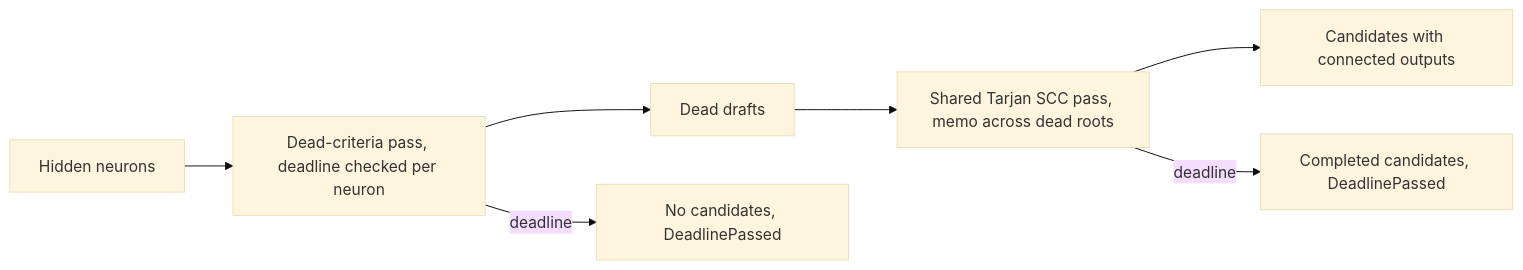
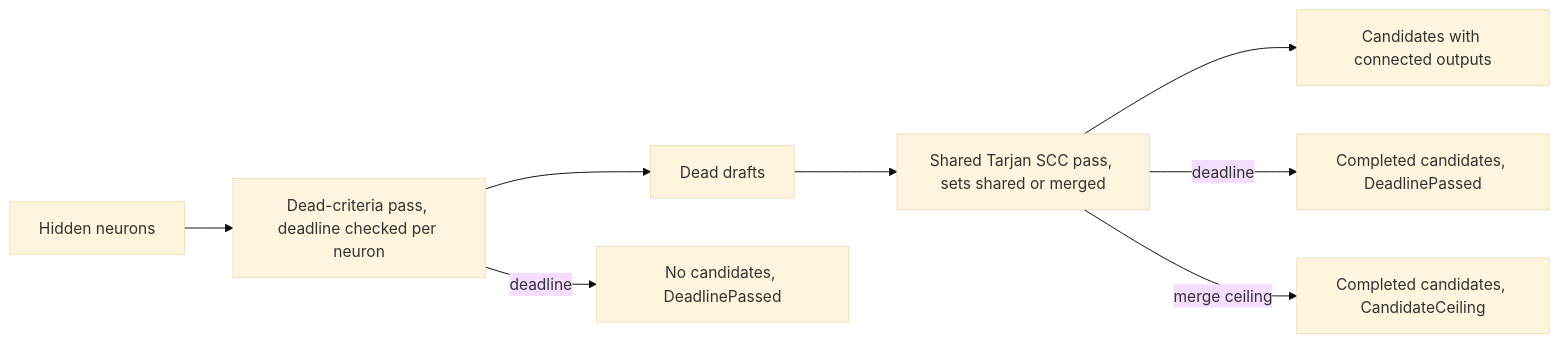
The diagram in docs/archive/pr-summaries/pr-summary-2370.md (stSoftwareAU/NEAT-AI-Discovery), drawn with Mermaid (base theme) before and after one commit. The commit also changed other lines of this file, not shown here.

First line of the commit message:
Rewrite PR summary for the bounded-memo head (Issue #2370)

````diff
--- a/docs/archive/pr-summaries/pr-summary-2370.md
+++ b/docs/archive/pr-summaries/pr-summary-2370.md
@@ -47,9 +65,10 @@
 ```mermaid
 flowchart LR
     A[Hidden neurons] --> B[Dead-criteria pass, deadline checked per neuron]
     B --> C[Dead drafts]
-    C --> D[Shared Tarjan SCC pass, memo across dead roots]
+    C --> D[Shared Tarjan SCC pass, sets shared or merged]
     D --> E[Candidates with connected outputs]
     B -- deadline --> F[No candidates, DeadlinePassed]
     D -- deadline --> G[Completed candidates, DeadlinePassed]
+    D -- merge ceiling --> H[Completed candidates, CandidateCeiling]
 ```
````
